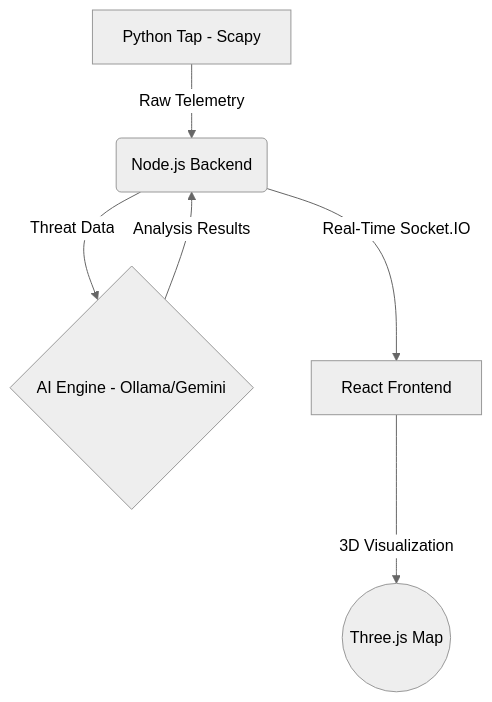
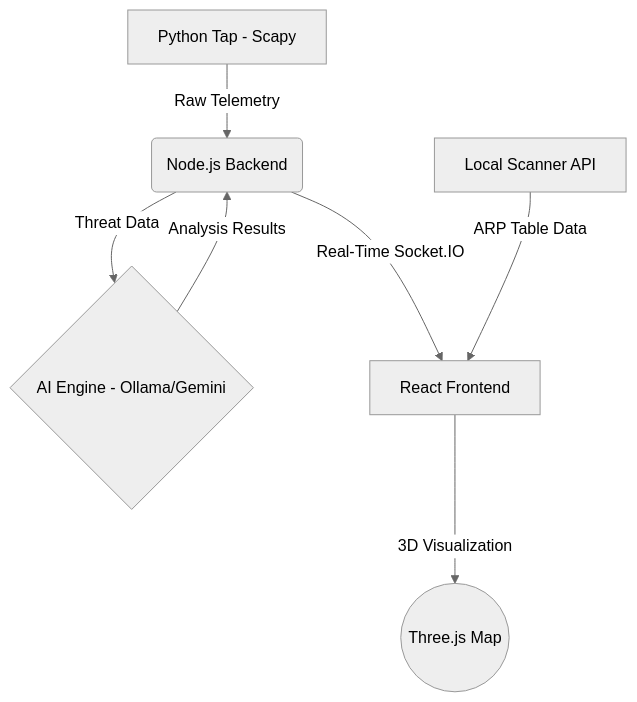
The first of 2 diagrams in docs/SRS.md (prasad-sec/NetGuard-Bharat), drawn with Mermaid (neutral theme) before and after one commit. The commit also changed other lines of this file and 15 other files, not shown here.

````diff
--- a/docs/SRS.md
+++ b/docs/SRS.md
@@ -40,8 +42,9 @@
 ```mermaid
 graph TD
     A[Python Tap - Scapy] -->|Raw Telemetry| B(Node.js Backend)
     B -->|Threat Data| C{AI Engine - Ollama/Gemini}
     C -->|Analysis Results| B
     B -->|Real-Time Socket.IO| D[React Frontend]
     D -->|3D Visualization| E((Three.js Map))
+    F[Local Scanner API] -->|ARP Table Data| D
 ```
````
